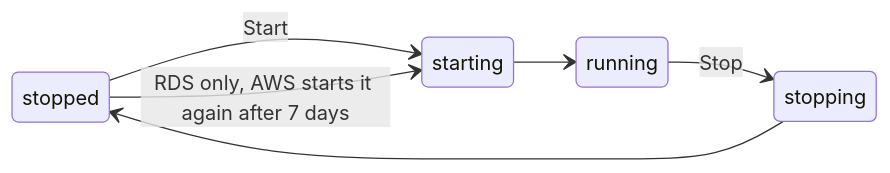
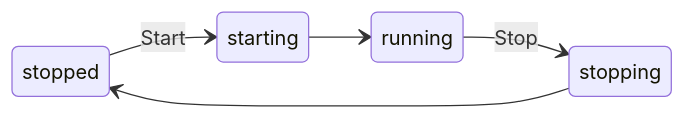
Before and after one commit to freshmick/aws-power-switch: the second of 6 diagrams in README.md, drawn with Mermaid. The commit also changed other lines of this file, not shown here.

Commit message:
docs(readme): fit the first screen; one-row flow diagram, plain state loop

````diff
--- a/README.md
+++ b/README.md
@@ -40,9 +39,8 @@
 ```mermaid
 stateDiagram-v2
     direction LR
     stopped --> starting: Start
     starting --> running
     running --> stopping: Stop
     stopping --> stopped
-    stopped --> starting: RDS only, AWS starts it again after 7 days
 ```
````
